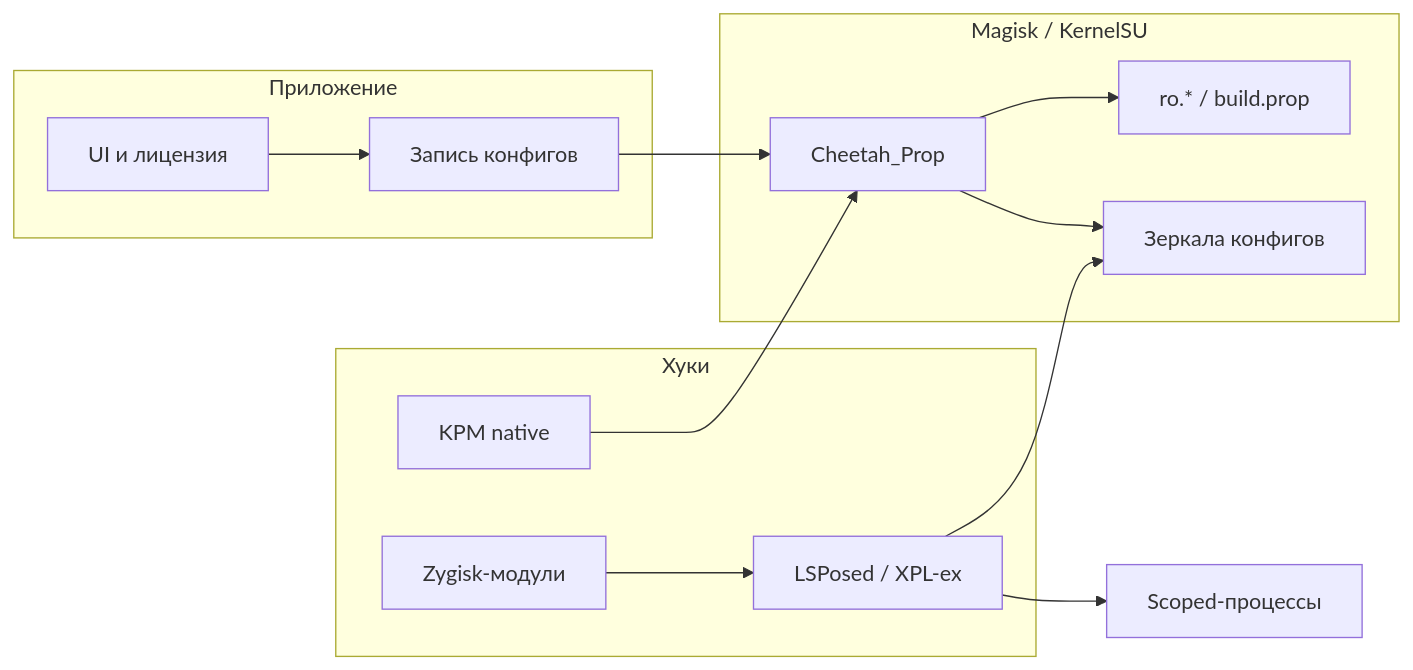
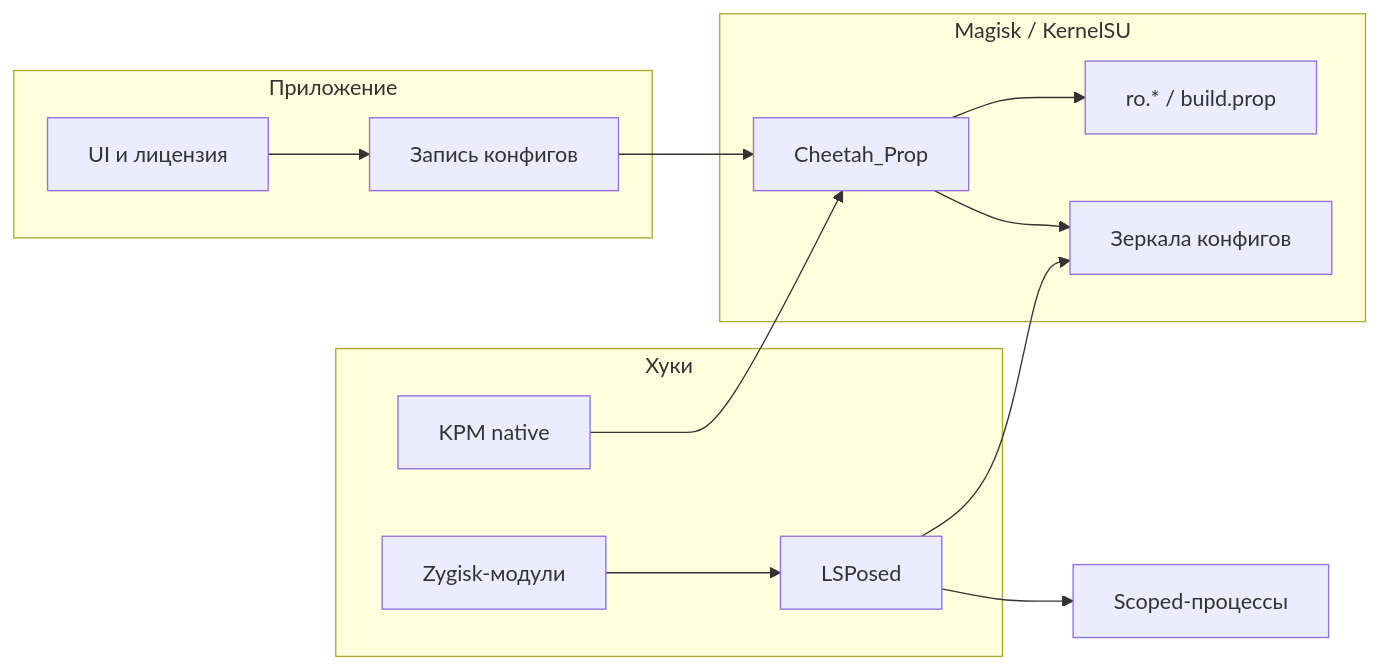
The diagram in README.md (Spayder666/DeviceChanger), drawn with Mermaid before and after one commit. The commit also changed other lines of this file, not shown here.

First line of the commit message:
Update README to remove XPL-ex and сборка sections

````diff
--- a/README.md
+++ b/README.md
@@ -65,28 +62,28 @@
 ```mermaid
 flowchart LR
   subgraph app["Приложение"]
     UI[UI и лицензия]
     CFG[Запись конфигов]
   end
 
   subgraph magisk["Magisk / KernelSU"]
     CP[Cheetah_Prop]
     PROPS[ro.* / build.prop]
     MIRROR[Зеркала конфигов]
   end
 
   subgraph hooks["Хуки"]
-    LSP[LSPosed / XPL-ex]
+    LSP[LSPosed]
     ZYG[Zygisk-модули]
     KPM[KPM native]
   end
 
   UI --> CFG
   CFG --> CP
   CP --> PROPS
   CP --> MIRROR
   LSP --> MIRROR
   ZYG --> LSP
   KPM --> CP
   LSP --> PROC[Scoped-процессы]
 ```
````
